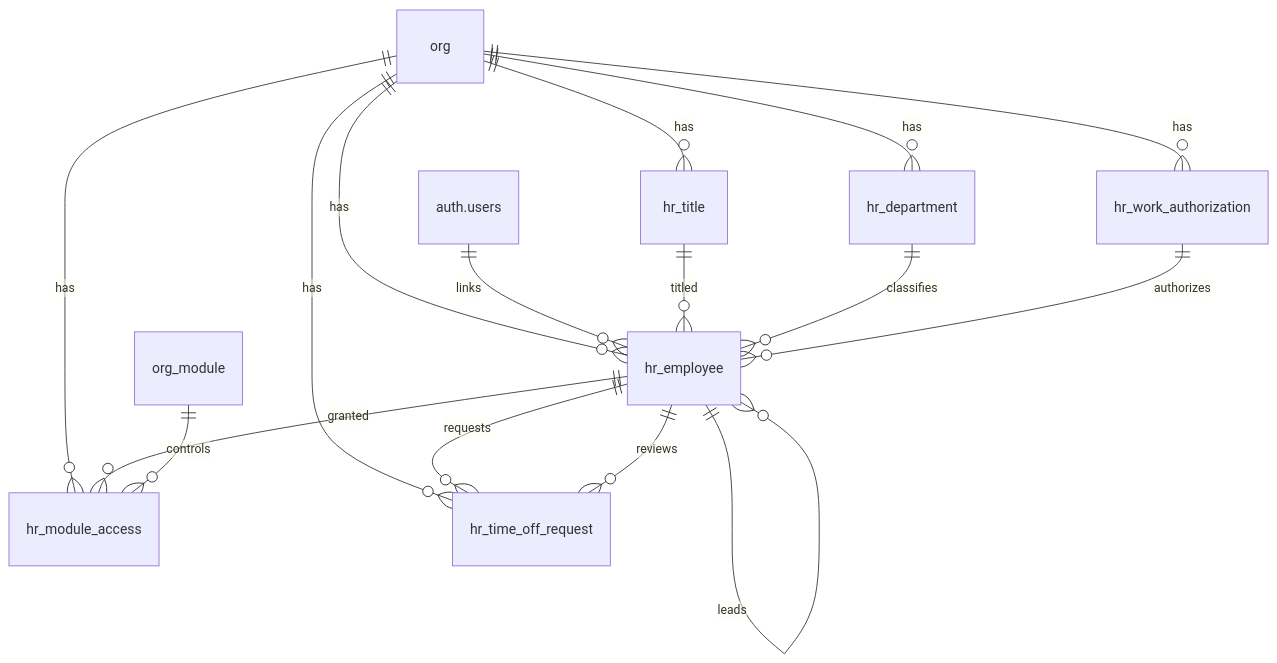
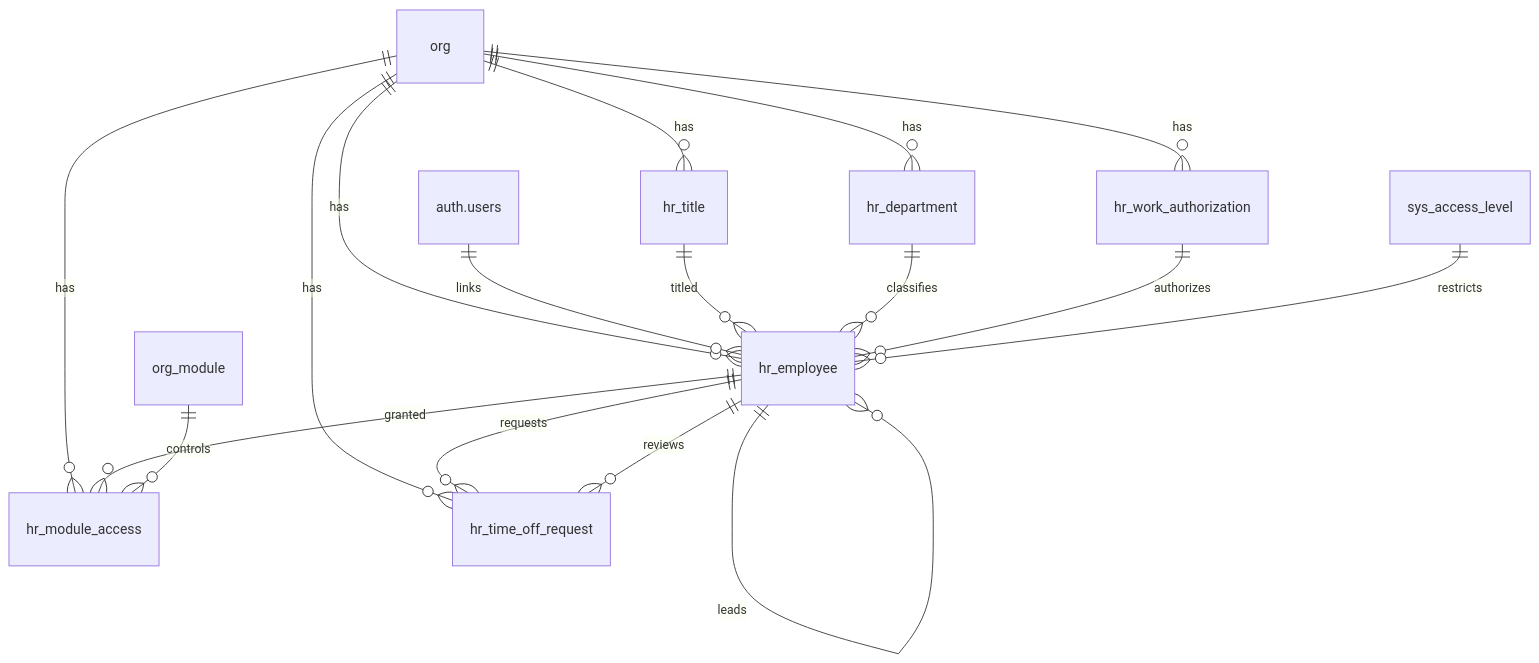
Before and after one commit to Hawaii-Farming/aloha-app: the diagram in docs/schemas/20260324_04_hr.md, drawn with Mermaid. The commit also changed other lines of this file and 20 other files, not shown here.

````diff
--- a/docs/schemas/20260324_04_hr.md
+++ b/docs/schemas/20260324_04_hr.md
@@ -9,18 +9,19 @@
 ```mermaid
 erDiagram
     org ||--o{ hr_department : has
     org ||--o{ hr_work_authorization : has
     org ||--o{ hr_title : has
     org ||--o{ hr_employee : has
     auth.users ||--o{ hr_employee : links
     hr_employee ||--o{ hr_employee : leads
     hr_title ||--o{ hr_employee : titled
     hr_department ||--o{ hr_employee : classifies
     hr_work_authorization ||--o{ hr_employee : authorizes
+    sys_access_level ||--o{ hr_employee : restricts
     org ||--o{ hr_module_access : has
     hr_employee ||--o{ hr_module_access : granted
     org_module ||--o{ hr_module_access : controls
     org ||--o{ hr_time_off_request : has
     hr_employee ||--o{ hr_time_off_request : requests
     hr_employee ||--o{ hr_time_off_request : reviews
 ```
````
